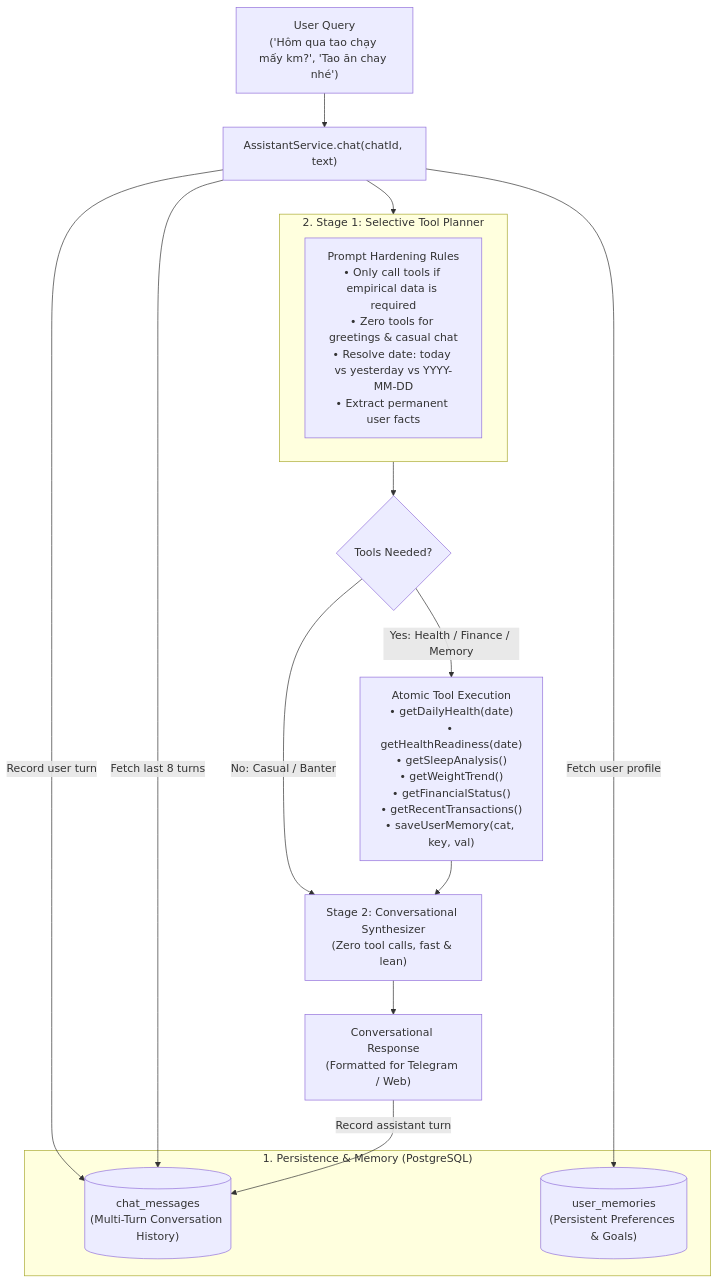
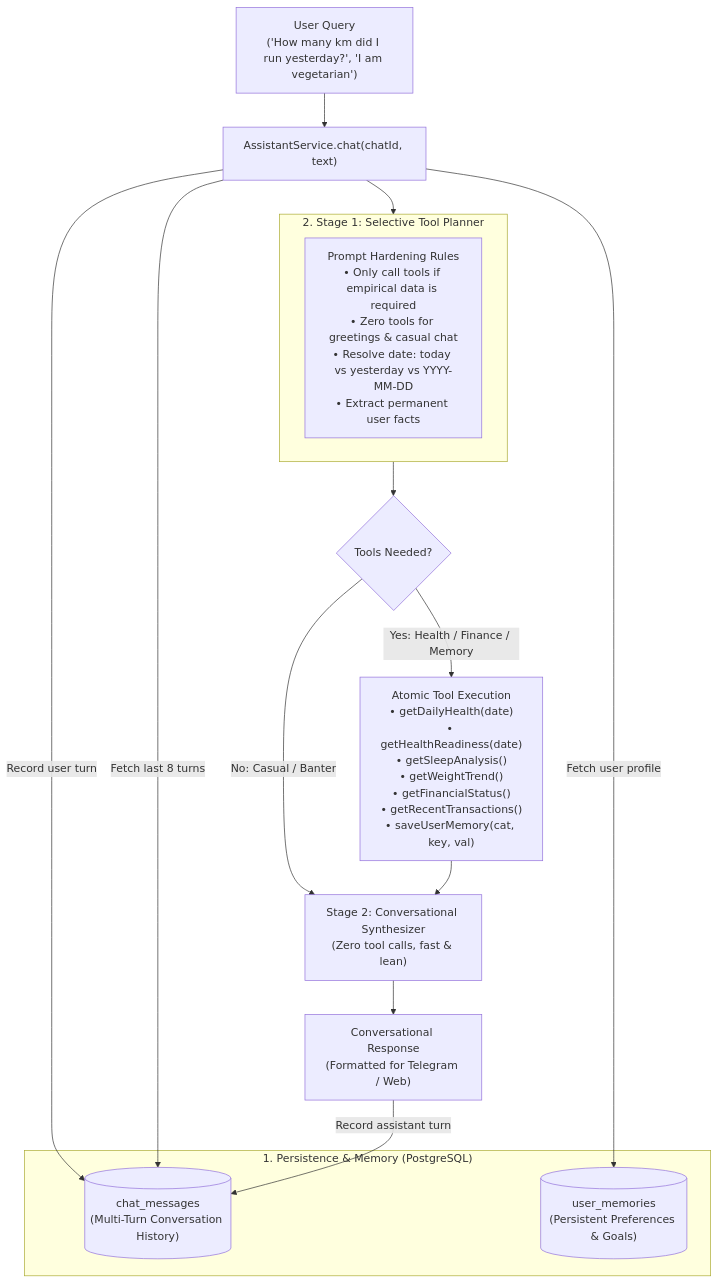
Before and after one commit to nhth1nh/Personal-Life-OS-Agent: the diagram in docs/assistance.md, drawn with Mermaid. The commit also changed other lines of this file and 7 other files, not shown here.

````diff
--- a/docs/assistance.md
+++ b/docs/assistance.md
@@ -11,27 +11,27 @@
 ```mermaid
 flowchart TD
-    User["User Query\n('Hôm qua tao chạy mấy km?', 'Tao ăn chay nhé')"] --> Assistant["AssistantService.chat(chatId, text)"]
+    User["User Query\n('How many km did I run yesterday?', 'I am vegetarian')"] --> Assistant["AssistantService.chat(chatId, text)"]
     
     subgraph Storage["1. Persistence & Memory (PostgreSQL)"]
         CM[("chat_messages\n(Multi-Turn Conversation History)")]
         UM[("user_memories\n(Persistent Preferences & Goals)")]
     end
     
     Assistant -->|Record user turn| CM
     Assistant -->|Fetch last 8 turns| CM
     Assistant -->|Fetch user profile| UM
 
     subgraph Planner["2. Stage 1: Selective Tool Planner"]
         P["Prompt Hardening Rules\n• Only call tools if empirical data is required\n• Zero tools for greetings & casual chat\n• Resolve date: today vs yesterday vs YYYY-MM-DD\n• Extract permanent user facts"]
     end
     
     Assistant --> Planner
     Planner --> Decision{"Tools Needed?"}
     
     Decision -->|No: Casual / Banter| Synth["Stage 2: Conversational Synthesizer\n(Zero tool calls, fast & lean)"]
     Decision -->|Yes: Health / Finance / Memory| Exec["Atomic Tool Execution\n• getDailyHealth(date)\n• getHealthReadiness(date)\n• getSleepAnalysis()\n• getWeightTrend()\n• getFinancialStatus()\n• getRecentTransactions()\n• saveUserMemory(cat, key, val)"]
     
     Exec --> Synth
     Synth --> Reply["Conversational Response\n(Formatted for Telegram / Web)"]
     Reply -->|Record assistant turn| CM
 ```
````
